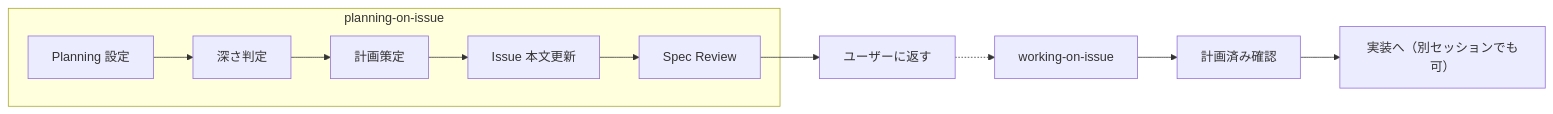
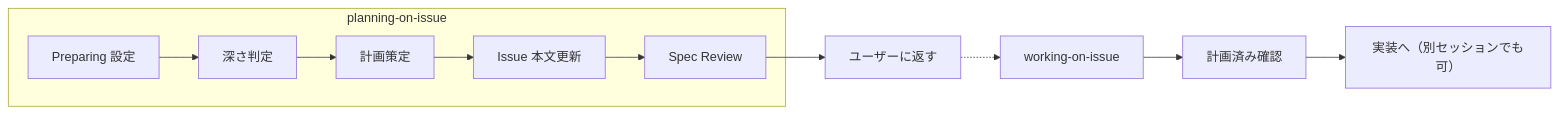
Before and after one commit to ShirokumaLibrary/shirokuma-plugins: the diagram in specs/planning-on-issue/DESIGN.md, drawn with Mermaid. The commit also changed 89 other files, not shown here.

````diff
--- a/specs/planning-on-issue/DESIGN.md
+++ b/specs/planning-on-issue/DESIGN.md
@@ -9,9 +9,9 @@
 ```mermaid
 graph LR
   subgraph planning-on-issue
-    A[Planning 設定] --> B[深さ判定] --> C[計画策定] --> D[Issue 本文更新] --> E[Spec Review]
+    A[Preparing 設定] --> B[深さ判定] --> C[計画策定] --> D[Issue 本文更新] --> E[Spec Review]
   end
   E --> F[ユーザーに返す]
   F -.-> G[working-on-issue]
   G --> H[計画済み確認] --> I["実装へ（別セッションでも可）"]
 ```
````
